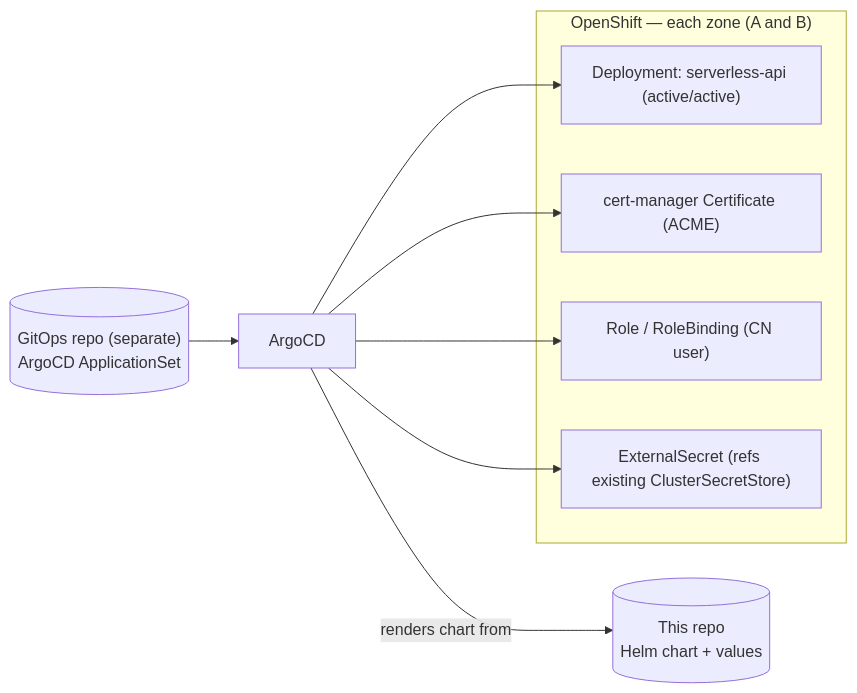
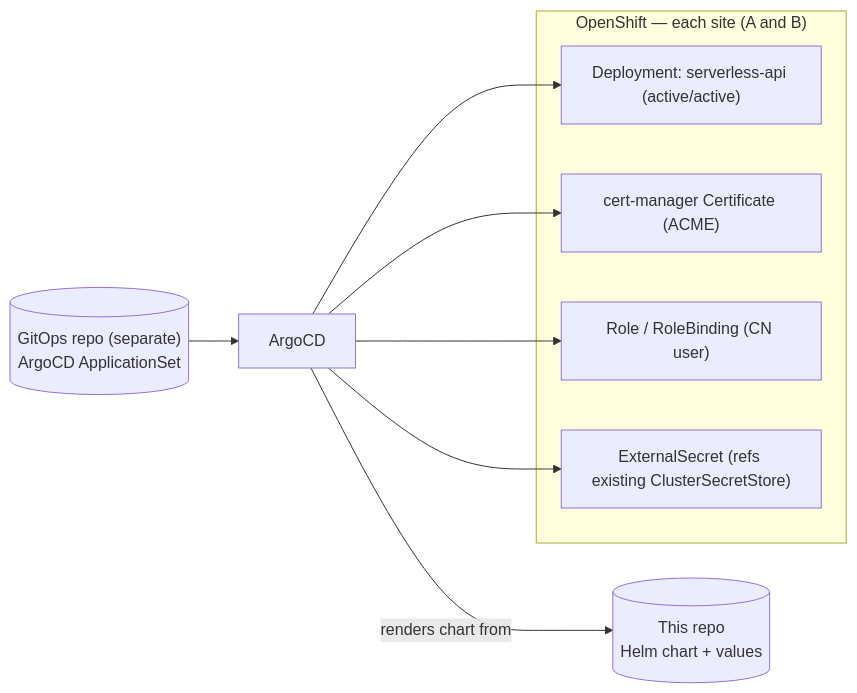
The seventh of 7 diagrams in docs/ARCHITECTURE.md (black-cloudlet/serverless), drawn with Mermaid before and after one commit. The commit also changed other lines of this file and 70 other files, not shown here.

First line of the commit message:
Serverless API: FaaS + CaaS over Knative on OpenShift (#2)

````diff
--- a/docs/ARCHITECTURE.md
+++ b/docs/ARCHITECTURE.md
@@ -587,18 +623,18 @@
 ```mermaid
 flowchart LR
     GITAPP[("GitOps repo (separate)<br/>ArgoCD ApplicationSet")]
     GITHELM[("This repo<br/>Helm chart + values")]
     ARGO["ArgoCD"]
-    subgraph Cluster["OpenShift — each zone (A and B)"]
+    subgraph Cluster["OpenShift — each site (A and B)"]
         DEP["Deployment: serverless-api (active/active)"]
         CERT["cert-manager Certificate (ACME)"]
         RBAC["Role / RoleBinding (CN user)"]
         ESOC["ExternalSecret (refs existing ClusterSecretStore)"]
     end
     GITAPP --> ARGO
     ARGO -->|renders chart from| GITHELM
     ARGO --> DEP
     ARGO --> CERT
     ARGO --> RBAC
     ARGO --> ESOC
 ```
````
